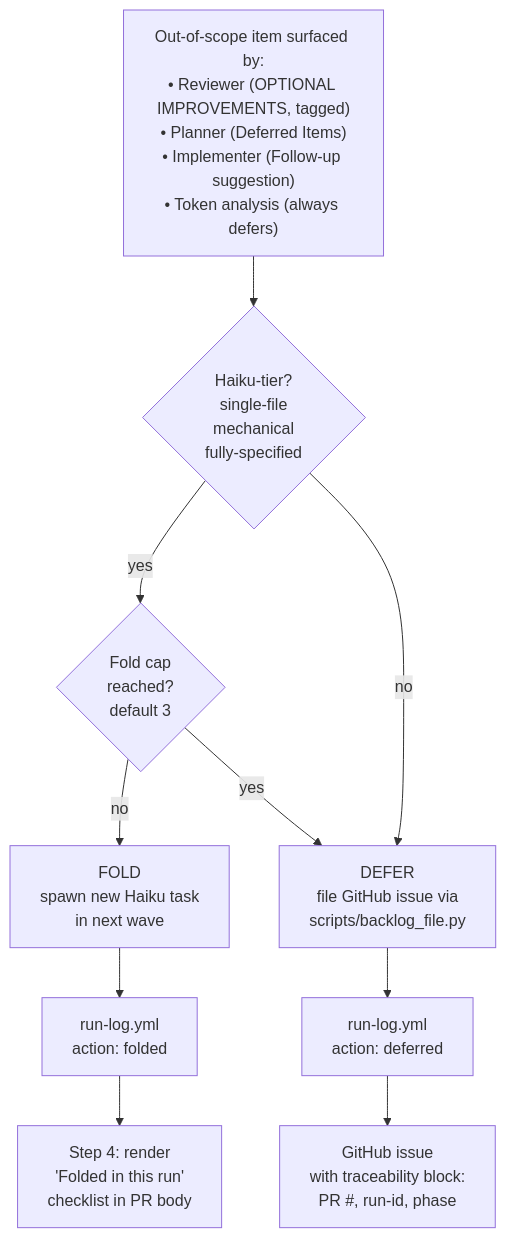
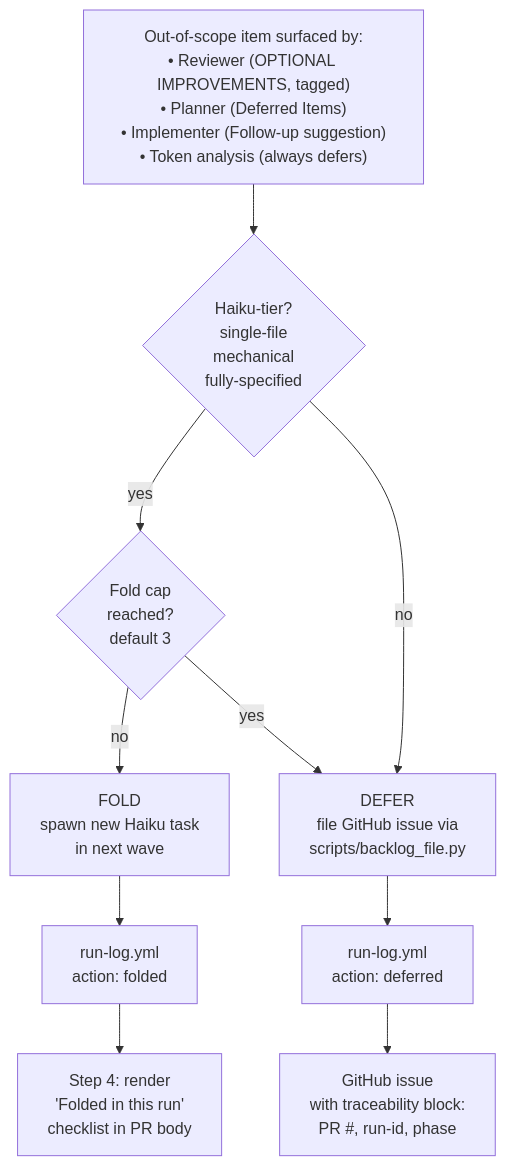
The diagram in docs/backlog-integration.md (MILL5/claude-code-pipeline), drawn with Mermaid before and after one commit. The commit also changed 2 other files, not shown here.

Commit message:
docs(mermaid): widen wrappingWidth so labels stop wrapping mid-line
GitHub's default Mermaid wrappingWidth (~200px) was breaking longer node
labels onto multiple lines mid-phrase ("Sonnet default, Opus if / novel",
"adapters/react/reviewer- / overlay.md", "• Reviewer (OPTIONAL /
IMPROVEMENTS, tagged)"). Adding %%{init}%% directives to widen each
diagram's wrappingWidth (300/320/280) lets labels render on one line
without changing any text content.

````diff
--- a/docs/backlog-integration.md
+++ b/docs/backlog-integration.md
@@ -7,18 +7,19 @@
 ```mermaid
+%%{init: {'flowchart': {'wrappingWidth': 280}}}%%
 flowchart TD
     Source["Out-of-scope item surfaced by:<br/>• Reviewer (OPTIONAL IMPROVEMENTS, tagged)<br/>• Planner (Deferred Items)<br/>• Implementer (Follow-up suggestion)<br/>• Token analysis (always defers)"]
     Source --> Classify{Haiku-tier?<br/>single-file<br/>mechanical<br/>fully-specified}
 
     Classify -- yes --> CapCheck{Fold cap<br/>reached?<br/>default 3}
     Classify -- no --> Defer
 
     CapCheck -- no --> Fold["FOLD<br/>spawn new Haiku task<br/>in next wave"]
     CapCheck -- yes --> Defer
 
     Fold --> RunLog1["run-log.yml<br/>action: folded"]
     Defer["DEFER<br/>file GitHub issue via<br/>scripts/backlog_file.py"]
     Defer --> RunLog2["run-log.yml<br/>action: deferred"]
 
     RunLog1 --> PRBody["Step 4: render<br/>'Folded in this run'<br/>checklist in PR body"]
     RunLog2 --> Issue["GitHub issue<br/>with traceability block:<br/>PR #, run-id, phase"]
 ```
````
